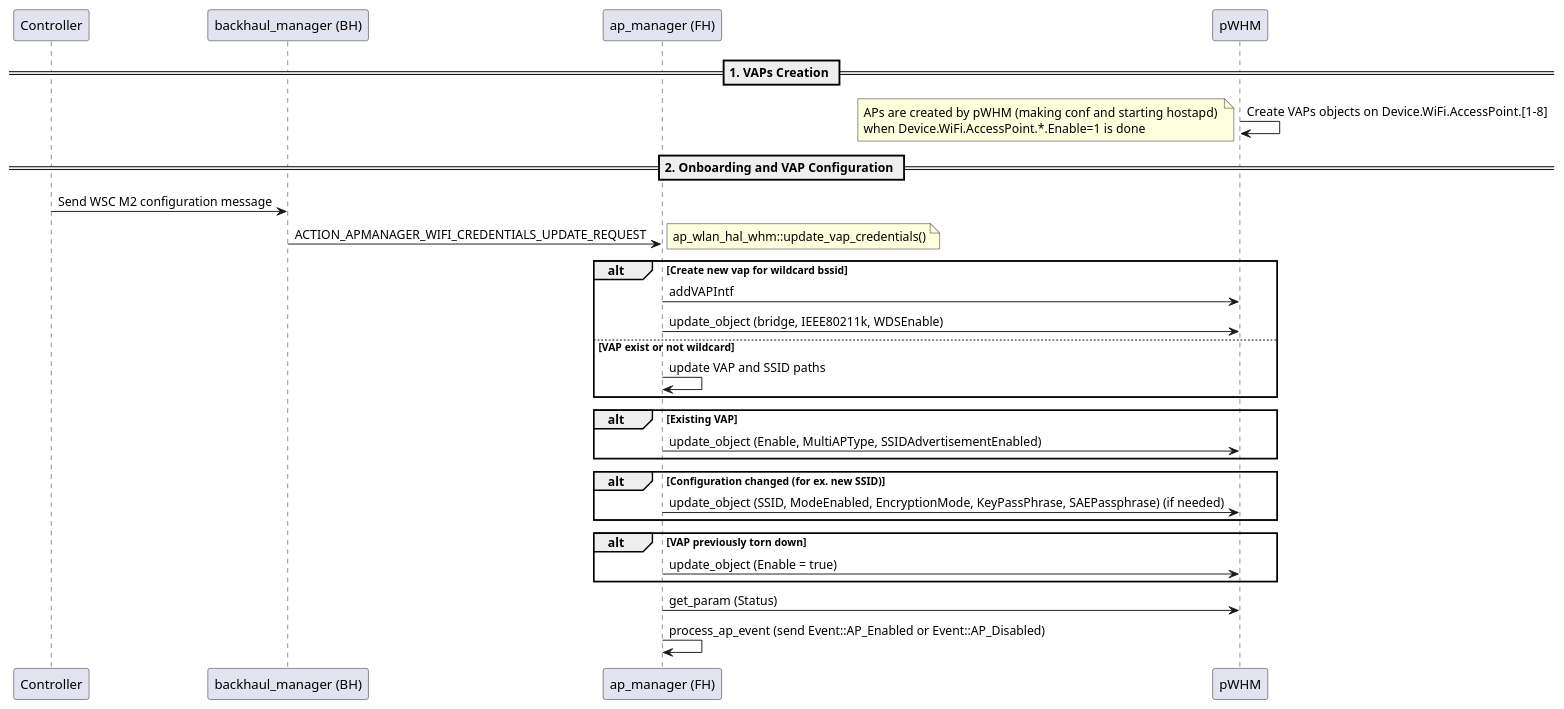
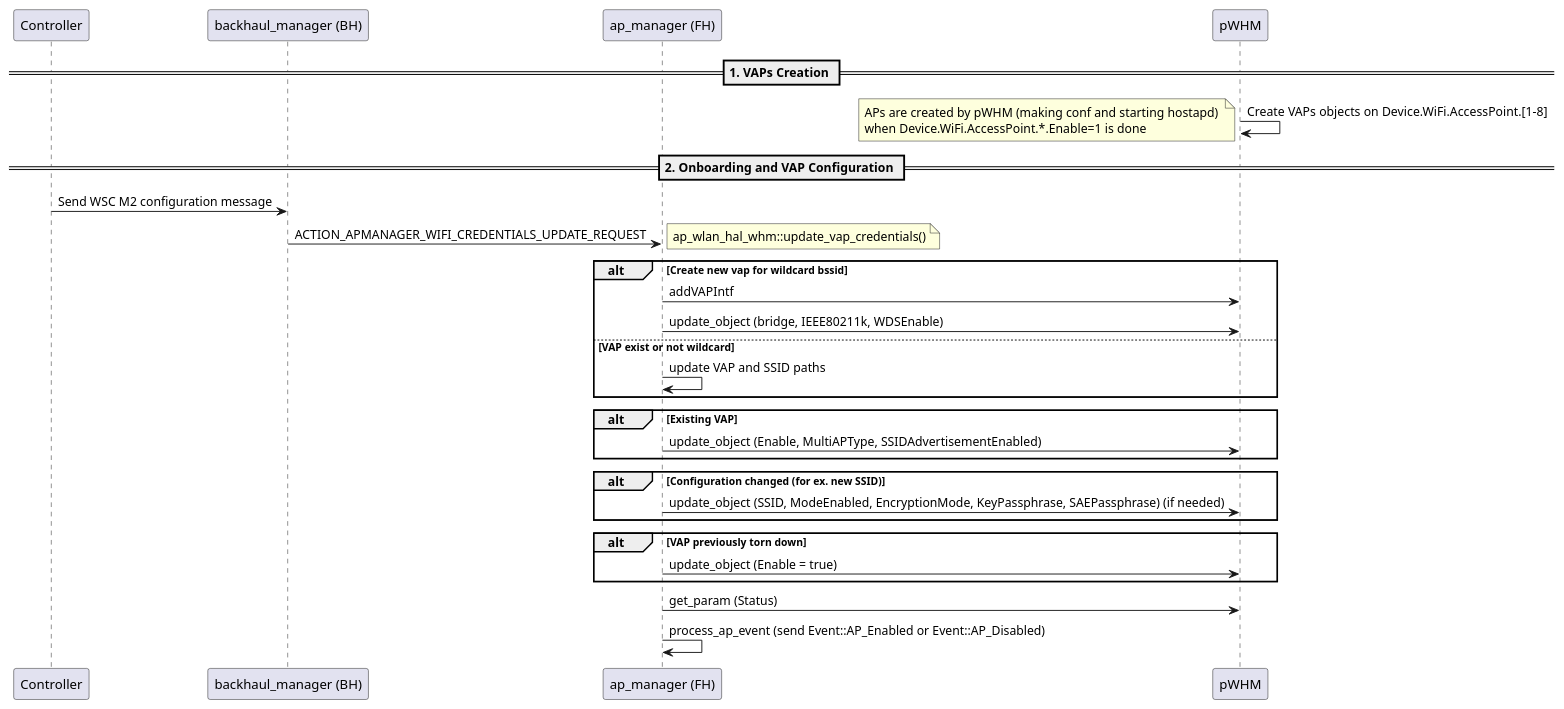
One commit to CodeLinaro-mirror/qsdk_oss_prpl-foundation_prplmesh_prplMesh changed the diagram in documentation/images/plantuml/agent/flows/vap_workflow.puml. Above: the diagram before and after it, drawn with PlantUML. The commit also changed 4 other files, not shown here.

First line of the commit message:
hal: whm: migrate to KeyPassphraseVisible

```diff
--- a/documentation/images/plantuml/agent/flows/vap_workflow.puml
+++ b/documentation/images/plantuml/agent/flows/vap_workflow.puml
@@ -1,39 +1,39 @@
 @startuml
 participant Controller
 participant "backhaul_manager (BH)" as BH
 participant "ap_manager (FH)" as FH
 participant "pWHM" as pwhm
 
 == 1. VAPs Creation ==
 pwhm -> pwhm: Create VAPs objects on Device.WiFi.AccessPoint.[1-8]
 note left: APs are created by pWHM (making conf and starting hostapd) \nwhen Device.WiFi.AccessPoint.*.Enable=1 is done
 
 == 2. Onboarding and VAP Configuration ==
 Controller -> BH: Send WSC M2 configuration message
 BH -> FH: ACTION_APMANAGER_WIFI_CREDENTIALS_UPDATE_REQUEST
 
 note right: ap_wlan_hal_whm::update_vap_credentials()
 
 alt Create new vap for wildcard bssid
     FH -> pwhm: addVAPIntf
-    FH -> pwhm: update_object (bridge, IEEE80211k, WDSEnable)   
+    FH -> pwhm: update_object (bridge, IEEE80211k, WDSEnable)
 else VAP exist or not wildcard
     FH -> FH: update VAP and SSID paths
 end
 
 alt Existing VAP
     FH -> pwhm: update_object (Enable, MultiAPType, SSIDAdvertisementEnabled)
 end
 
 alt Configuration changed (for ex. new SSID)
-    FH -> pwhm: update_object (SSID, ModeEnabled, EncryptionMode, KeyPassPhrase, SAEPassphrase) (if needed)
+    FH -> pwhm: update_object (SSID, ModeEnabled, EncryptionMode, KeyPassphrase, SAEPassphrase) (if needed)
 end
 
 alt VAP previously torn down
     FH -> pwhm: update_object (Enable = true)
 end
 
 FH -> pwhm: get_param (Status)
 FH -> FH: process_ap_event (send Event::AP_Enabled or Event::AP_Disabled)
 
 @enduml
```
